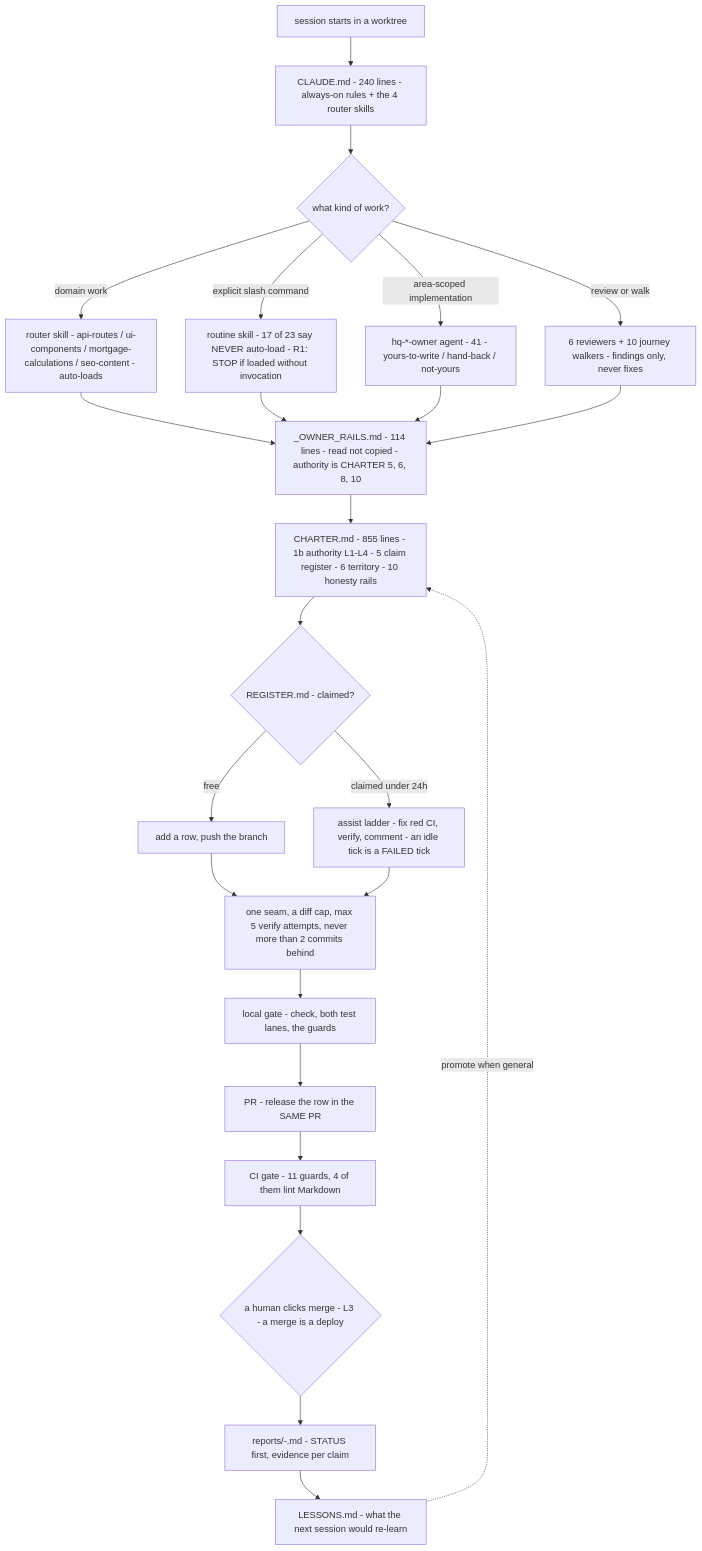
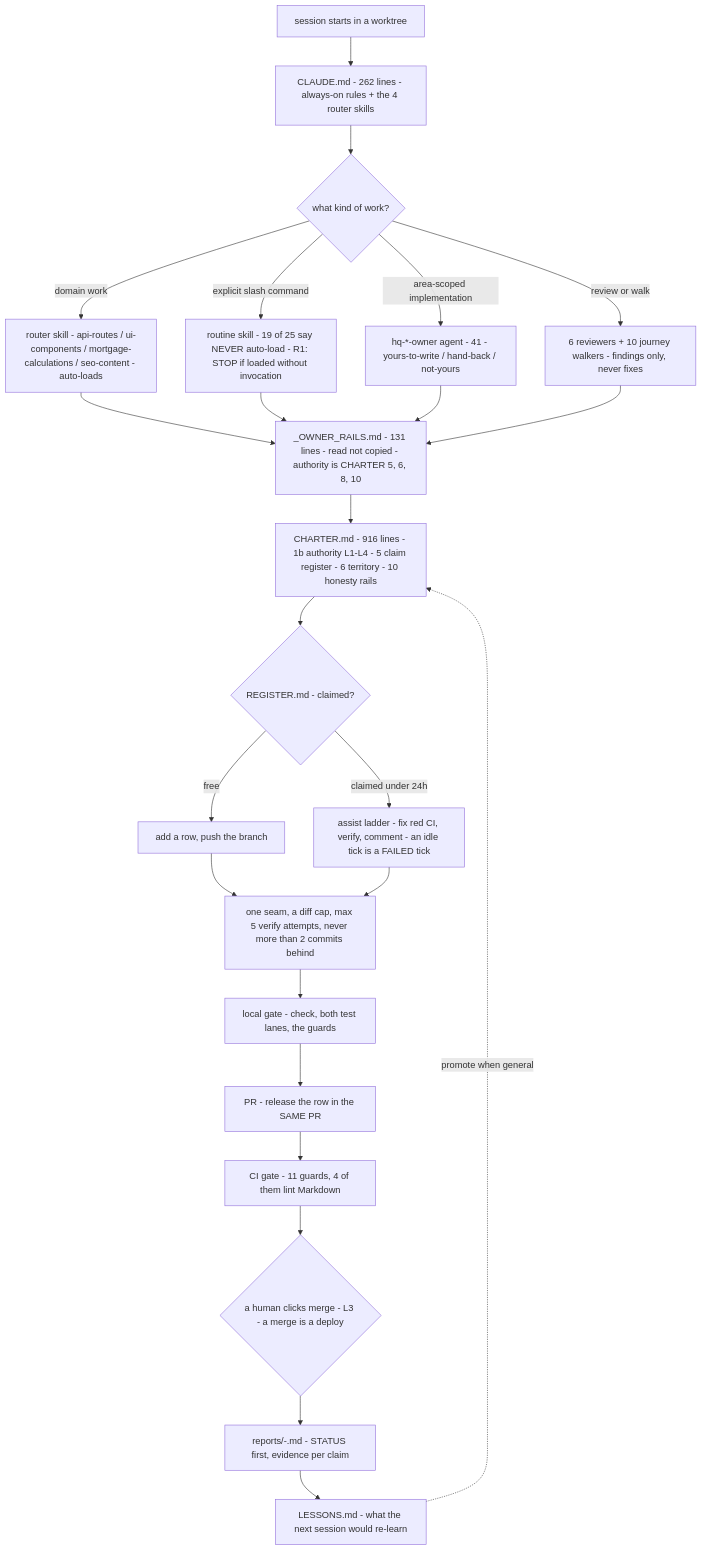
One commit to barakatammre84/Homiquity changed the diagram in knowledge-base/handoff/09-prompting-and-automation.md. Above: the diagram before and after it, drawn with Mermaid. The commit also changed other lines of this file and 30 other files, not shown here.

````diff
--- a/knowledge-base/handoff/09-prompting-and-automation.md
+++ b/knowledge-base/handoff/09-prompting-and-automation.md
@@ -35,26 +35,26 @@
 ```mermaid
 flowchart TD
-  S["session starts in a worktree"] --> CM["CLAUDE.md - 240 lines - always-on rules + the 4 router skills"]
+  S["session starts in a worktree"] --> CM["CLAUDE.md - 262 lines - always-on rules + the 4 router skills"]
   CM --> PICK{"what kind of work?"}
   PICK -- "domain work" --> ROUTER["router skill - api-routes / ui-components / mortgage-calculations / seo-content - auto-loads"]
-  PICK -- "explicit slash command" --> ROUTINE["routine skill - 17 of 23 say NEVER auto-load - R1: STOP if loaded without invocation"]
+  PICK -- "explicit slash command" --> ROUTINE["routine skill - 19 of 25 say NEVER auto-load - R1: STOP if loaded without invocation"]
   PICK -- "area-scoped implementation" --> OWNER["hq-*-owner agent - 41 - yours-to-write / hand-back / not-yours"]
   PICK -- "review or walk" --> REVIEW["6 reviewers + 10 journey walkers - findings only, never fixes"]
   ROUTER --> RAILS
   ROUTINE --> RAILS
   OWNER --> RAILS
   REVIEW --> RAILS
-  RAILS["_OWNER_RAILS.md - 114 lines - read not copied - authority is CHARTER 5, 6, 8, 10"] --> CHARTER["CHARTER.md - 855 lines - 1b authority L1-L4 - 5 claim register - 6 territory - 10 honesty rails"]
+  RAILS["_OWNER_RAILS.md - 131 lines - read not copied - authority is CHARTER 5, 6, 8, 10"] --> CHARTER["CHARTER.md - 916 lines - 1b authority L1-L4 - 5 claim register - 6 territory - 10 honesty rails"]
   CHARTER --> REG{"REGISTER.md - claimed?"}
   REG -- "claimed under 24h" --> ASSIST["assist ladder - fix red CI, verify, comment - an idle tick is a FAILED tick"]
   REG -- free --> CLAIM["add a row, push the branch"]
   CLAIM --> WORK["one seam, a diff cap, max 5 verify attempts, never more than 2 commits behind"]
   ASSIST --> WORK
   WORK --> GUARDS["local gate - check, both test lanes, the guards"]
   GUARDS --> PR["PR - release the row in the SAME PR"]
   PR --> CI["CI gate - 11 guards, 4 of them lint Markdown"]
   CI --> HUMAN{"a human clicks merge - L3 - a merge is a deploy"}
   HUMAN --> REPORT["reports/<date>-<routine>.md - STATUS first, evidence per claim"]
   REPORT --> LESSONS["LESSONS.md - what the next session would re-learn"]
   LESSONS -. promote when general .-> CHARTER
 ```
````
